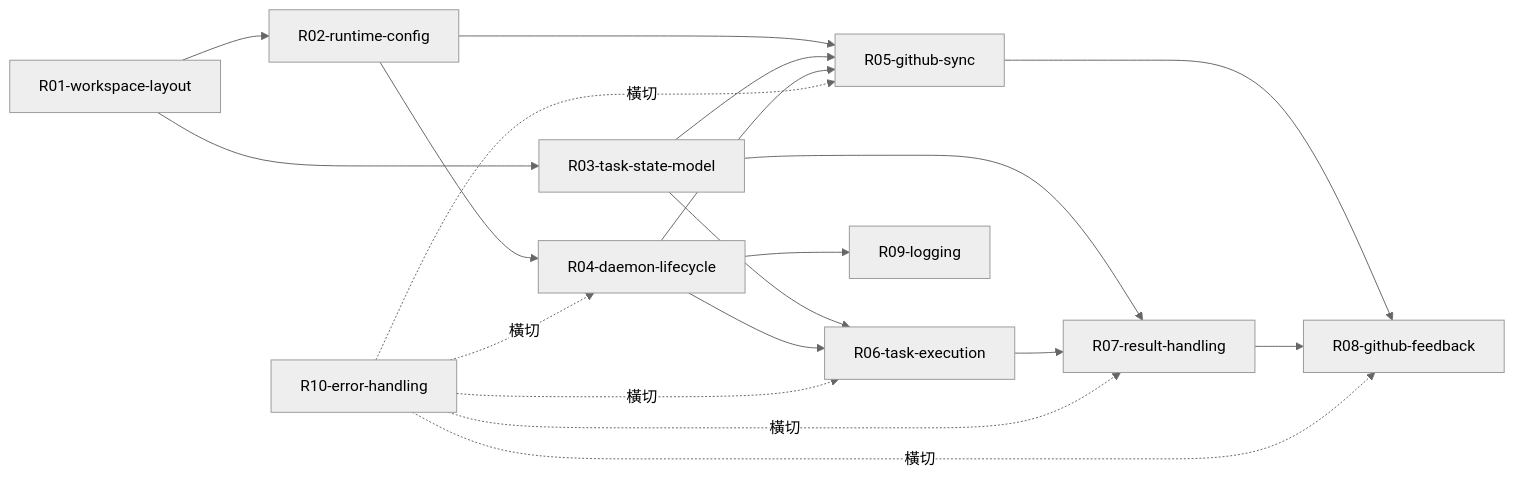
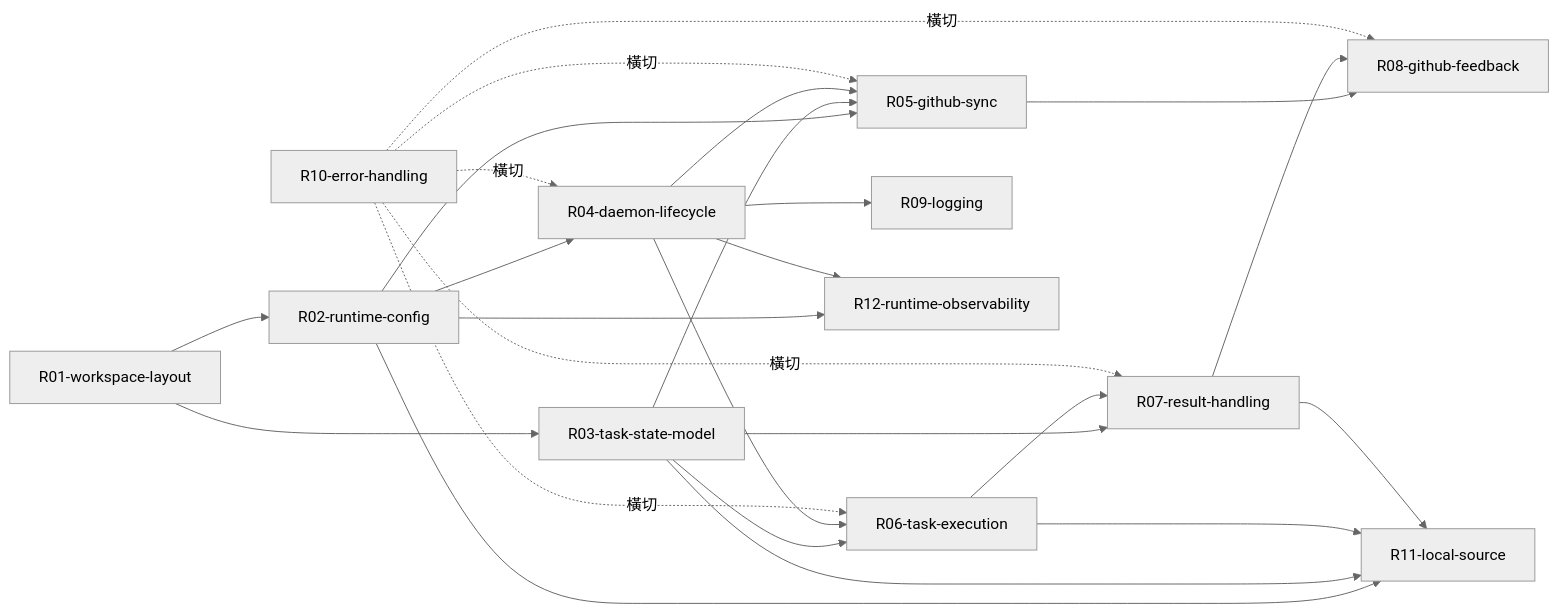
Before and after one commit to dccoding1118/gogents: the diagram in docs/requirements/requirement.md, drawn with Mermaid (neutral theme). The commit also changed other lines of this file and 45 other files, not shown here.

First line of the commit message:
feat: agent-manager (am) integration — local source, verify, runtime observability (#1)

````diff
--- a/docs/requirements/requirement.md
+++ b/docs/requirements/requirement.md
@@ -46,33 +52,43 @@
 ```mermaid
 graph LR
     R01["R01-workspace-layout"]
     R02["R02-runtime-config"]
     R03["R03-task-state-model"]
     R04["R04-daemon-lifecycle"]
     R05["R05-github-sync"]
     R06["R06-task-execution"]
     R07["R07-result-handling"]
     R08["R08-github-feedback"]
     R09["R09-logging"]
     R10["R10-error-handling"]
 
     R01 --> R02
     R01 --> R03
     R02 --> R04
     R02 --> R05
     R03 --> R05
     R03 --> R06
     R03 --> R07
     R04 --> R05
     R04 --> R06
     R04 --> R09
     R06 --> R07
     R05 --> R08
     R07 --> R08
 
+    R11["R11-local-source"]
+    R12["R12-runtime-observability"]
+
+    R02 --> R11
+    R03 --> R11
+    R06 --> R11
+    R07 --> R11
+    R02 --> R12
+    R04 --> R12
+
     R10 -.橫切.-> R04
     R10 -.橫切.-> R05
     R10 -.橫切.-> R06
     R10 -.橫切.-> R07
     R10 -.橫切.-> R08
 ```
````
